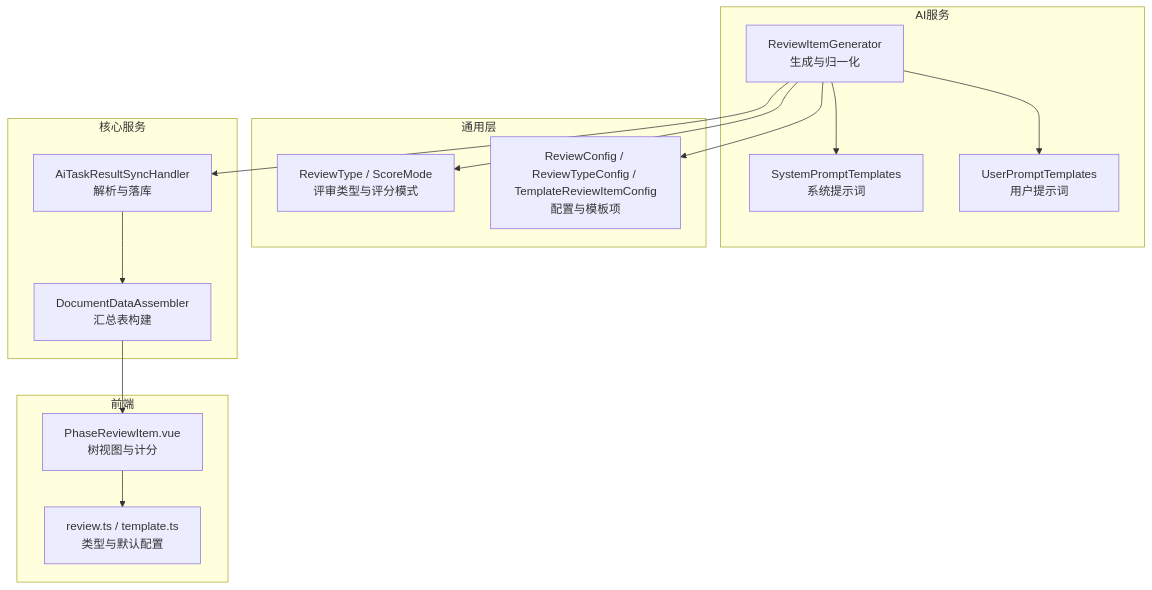
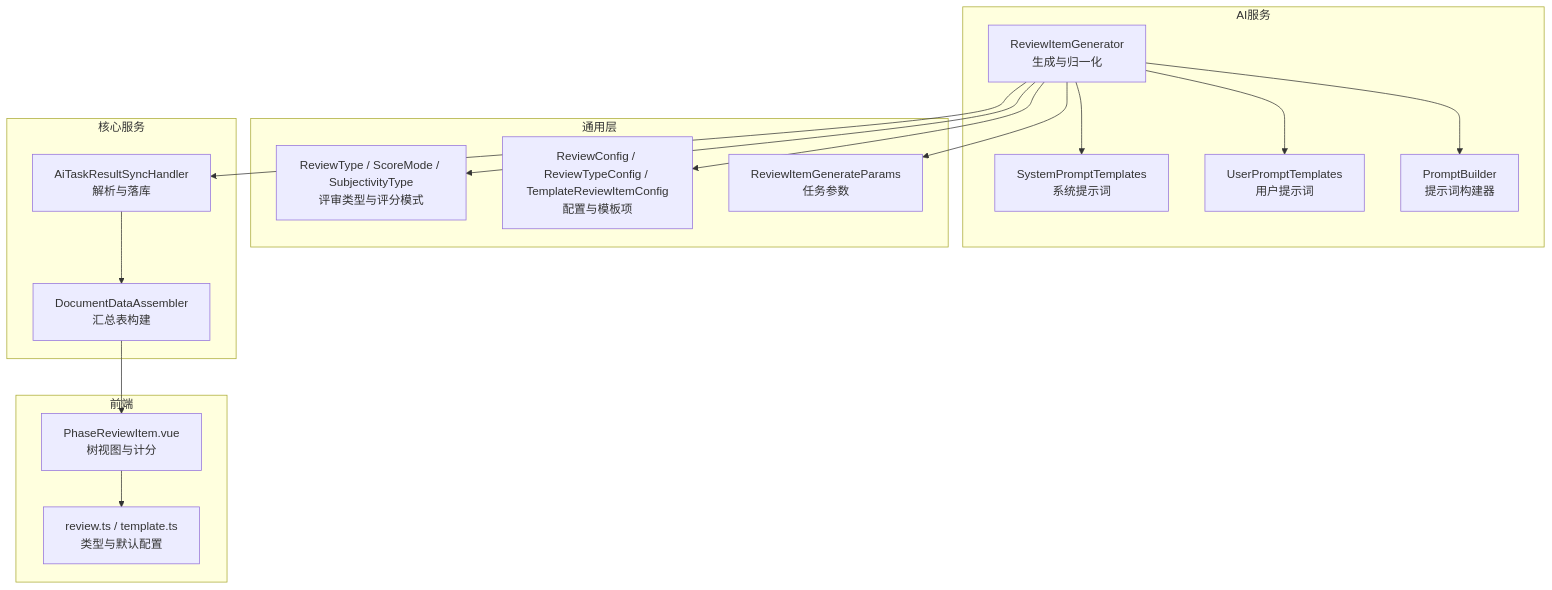
The first of 9 diagrams in .qoder/repowiki/zh/content/AI功能集成/智能文档生成/审查项生成器.md (DrunkFood/First), drawn with Mermaid before and after one commit. The commit also changed other lines of this file and 69 other files, not shown here.

````diff
--- a/.qoder/repowiki/zh/content/AI功能集成/智能文档生成/审查项生成器.md
+++ b/.qoder/repowiki/zh/content/AI功能集成/智能文档生成/审查项生成器.md
@@ -44,28 +56,32 @@
 ```mermaid
 graph TB
 subgraph "AI服务"
 A["ReviewItemGenerator<br/>生成与归一化"]
 B["SystemPromptTemplates<br/>系统提示词"]
 C["UserPromptTemplates<br/>用户提示词"]
+D["PromptBuilder<br/>提示词构建器"]
 end
 subgraph "通用层"
-D["ReviewType / ScoreMode<br/>评审类型与评分模式"]
-E["ReviewConfig / ReviewTypeConfig / TemplateReviewItemConfig<br/>配置与模板项"]
+E["ReviewType / ScoreMode / SubjectivityType<br/>评审类型与评分模式"]
+F["ReviewConfig / ReviewTypeConfig / TemplateReviewItemConfig<br/>配置与模板项"]
+G["ReviewItemGenerateParams<br/>任务参数"]
 end
 subgraph "核心服务"
-F["AiTaskResultSyncHandler<br/>解析与落库"]
-G["DocumentDataAssembler<br/>汇总表构建"]
+H["AiTaskResultSyncHandler<br/>解析与落库"]
+I["DocumentDataAssembler<br/>汇总表构建"]
 end
 subgraph "前端"
-H["PhaseReviewItem.vue<br/>树视图与计分"]
-I["review.ts / template.ts<br/>类型与默认配置"]
+J["PhaseReviewItem.vue<br/>树视图与计分"]
+K["review.ts / template.ts<br/>类型与默认配置"]
 end
 A --> B
 A --> C
 A --> D
 A --> E
 A --> F
-F --> G
-G --> H
+A --> G
+A --> H
 H --> I
+I --> J
+J --> K
 ```
````
